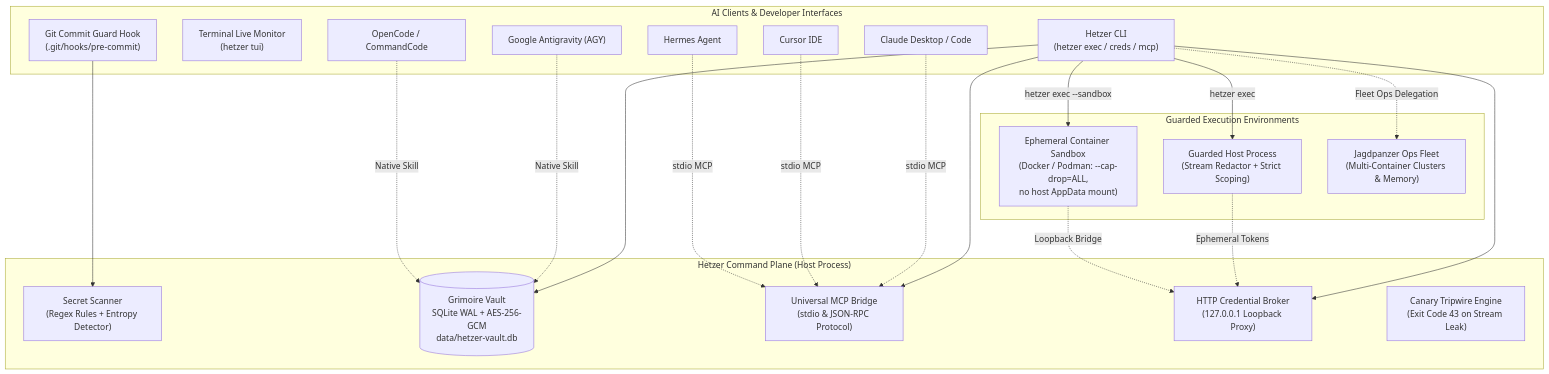
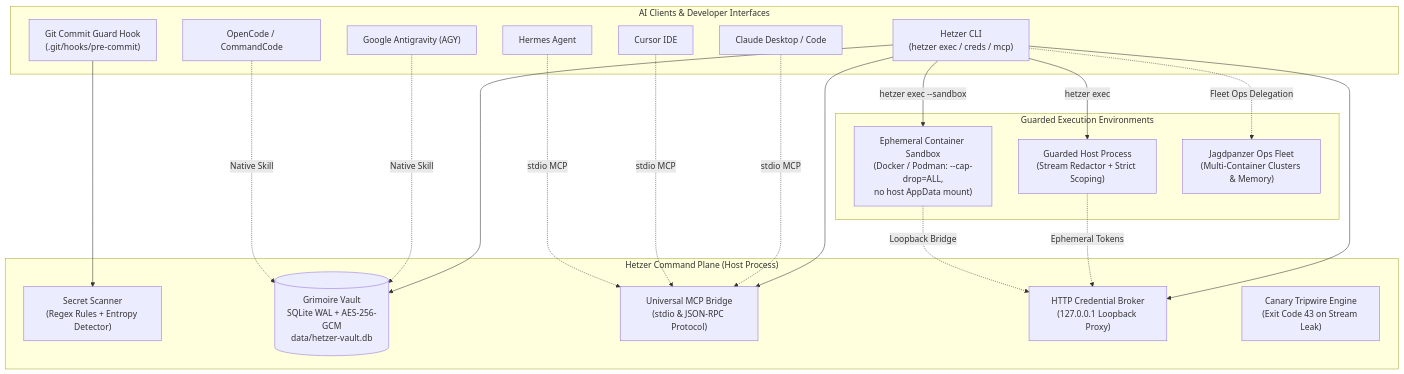
One commit to agunggnn/hetzer changed the diagram in README.md. Above: the diagram before and after it, drawn with Mermaid. The commit also changed other lines of this file and 108 other files, not shown here.

````diff
--- a/README.md
+++ b/README.md
@@ -141,43 +148,42 @@
 ```mermaid
 flowchart TB
     subgraph Clients["AI Clients & Developer Interfaces"]
         CLI["Hetzer CLI\n(hetzer exec / creds / mcp)"]
-        TUI["Terminal Live Monitor\n(hetzer tui)"]
         Claude["Claude Desktop / Code"]
         Cursor["Cursor IDE"]
         Hermes["Hermes Agent"]
         AGY["Google Antigravity (AGY)"]
         OpenCode["OpenCode / CommandCode"]
         GitCommit["Git Commit Guard Hook\n(.git/hooks/pre-commit)"]
     end
 
     subgraph HostPlane["Hetzer Command Plane (Host Process)"]
         SecretSniffer["Secret Scanner\n(Regex Rules + Entropy Detector)"]
         GrimoireVault[("Grimoire Vault\nSQLite WAL + AES-256-GCM\ndata/hetzer-vault.db")]
         MCPBridge["Universal MCP Bridge\n(stdio & JSON-RPC Protocol)"]
         HTTPBroker["HTTP Credential Broker\n(127.0.0.1 Loopback Proxy)"]
         CanaryEngine["Canary Tripwire Engine\n(Exit Code 43 on Stream Leak)"]
     end
 
     subgraph ExecutionPlane["Guarded Execution Environments"]
         SubprocessHost["Guarded Host Process\n(Stream Redactor + Strict Scoping)"]
         ContainerSandbox["Ephemeral Container Sandbox\n(Docker / Podman: --cap-drop=ALL,\nno host AppData mount)"]
         JagdpanzerFleet["Jagdpanzer Ops Fleet\n(Multi-Container Clusters & Memory)"]
     end
 
     CLI --> GrimoireVault
     CLI --> HTTPBroker
     CLI --> MCPBridge
     GitCommit --> SecretSniffer
     Claude -.->|"stdio MCP"| MCPBridge
     Cursor -.->|"stdio MCP"| MCPBridge
     Hermes -.->|"stdio MCP"| MCPBridge
     AGY -.->|"Native Skill"| GrimoireVault
     OpenCode -.->|"Native Skill"| GrimoireVault
 
     CLI -->|"hetzer exec"| SubprocessHost
     CLI -->|"hetzer exec --sandbox"| ContainerSandbox
     SubprocessHost -.->|"Ephemeral Tokens"| HTTPBroker
     ContainerSandbox -.->|"Loopback Bridge"| HTTPBroker
     CLI -.->|"Fleet Ops Delegation"| JagdpanzerFleet
 ```
````
